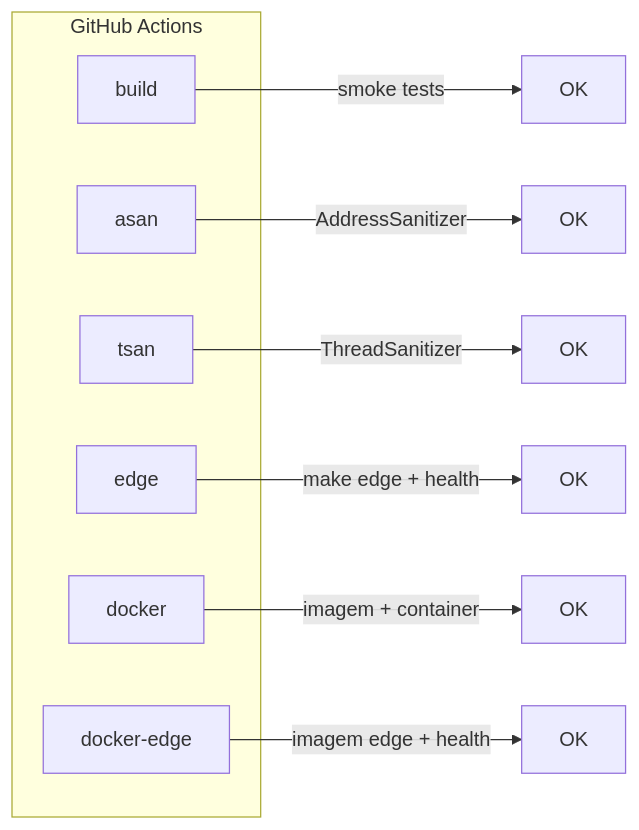
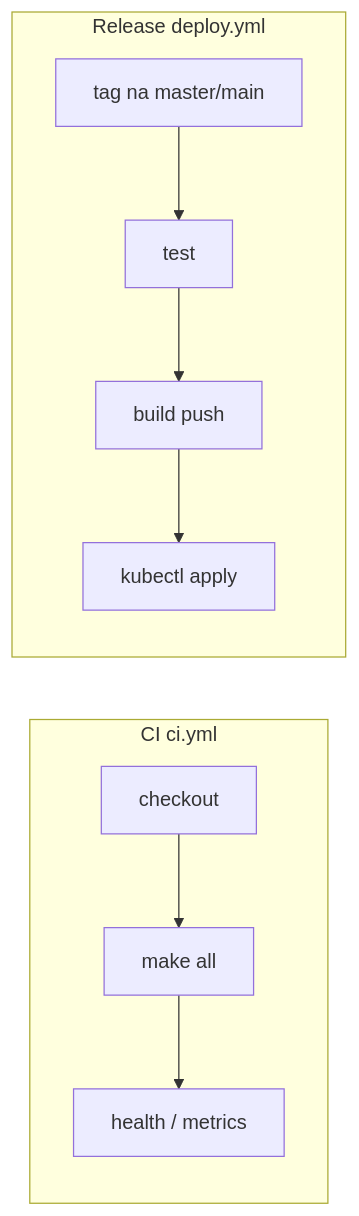
Before and after one commit to pipenodes/llm-gateway: the seventh of 7 diagrams in README.md, drawn with Mermaid. The commit also changed other lines of this file and 7 other files, not shown here.

First line of the commit message:
ci(release): CI em ci.yml; deploy só tag v*; TAG e CHANGELOG

````diff
--- a/README.md
+++ b/README.md
@@ -812,17 +825,16 @@
 ```mermaid
 flowchart LR
-    subgraph jobs [GitHub Actions]
-        J1[build]
-        J2[asan]
-        J3[tsan]
-        J4[edge]
-        J5[docker]
-        J6[docker-edge]
+    subgraph ci [CI ci.yml]
+        C1[checkout]
+        C2[make all]
+        C3[health / metrics]
+        C1 --> C2 --> C3
     end
-    J1 -->|smoke tests| OK1[OK]
-    J2 -->|AddressSanitizer| OK2[OK]
-    J3 -->|ThreadSanitizer| OK3[OK]
-    J4 -->|make edge + health| OK4[OK]
-    J5 -->|imagem + container| OK5[OK]
-    J6 -->|imagem edge + health| OK6[OK]
+    subgraph rel [Release deploy.yml]
+        R0[tag na master/main]
+        R1[test]
+        R2[build push]
+        R3[kubectl apply]
+        R0 --> R1 --> R2 --> R3
+    end
 ```
````
